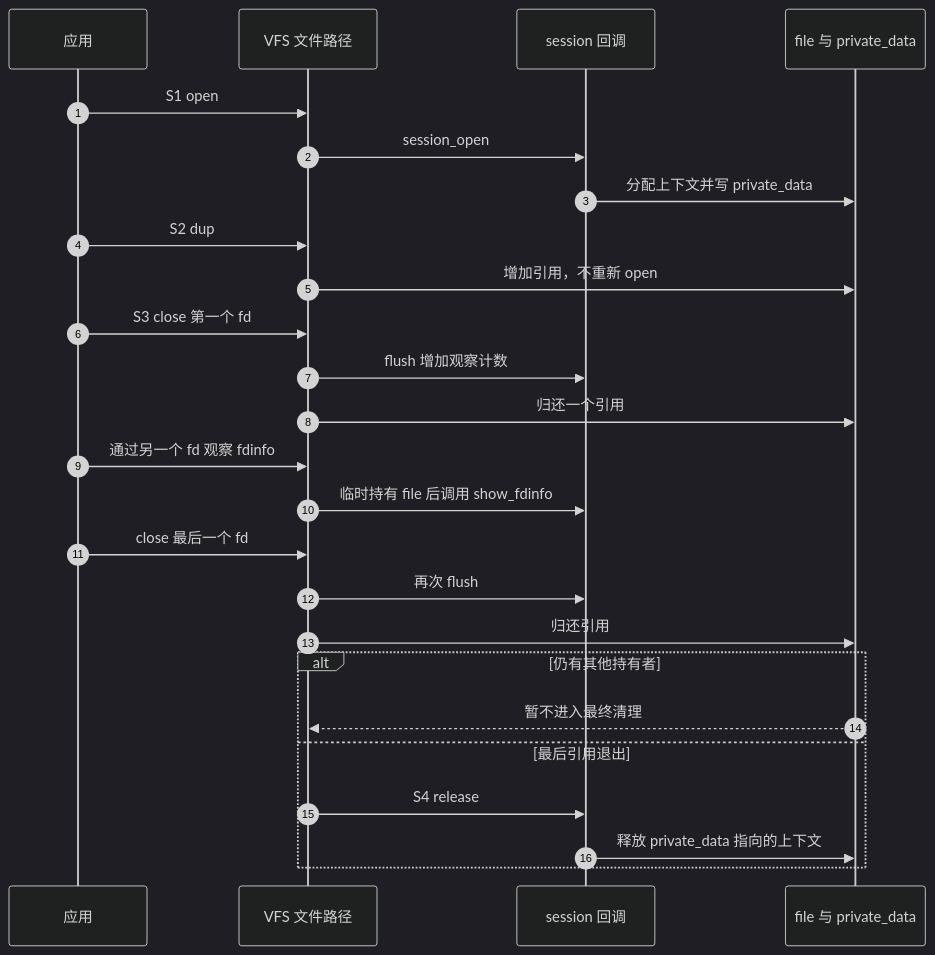
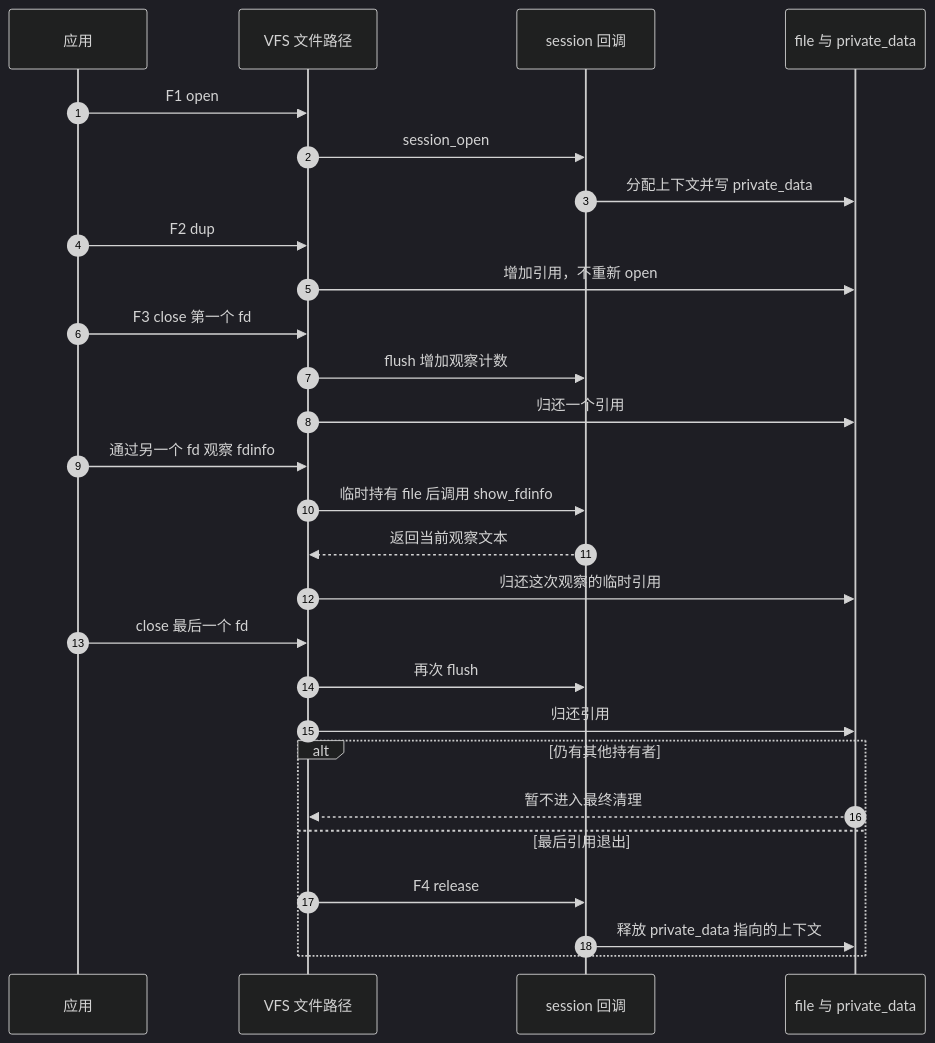
The second of 2 diagrams in knowledge/driver_model/file_operations/P01_一次打开与最后一次释放.md (FormingSystem/linux_note), drawn with Mermaid (dark theme) before and after one commit. The commit also changed other lines of this file and 5 other files, not shown here.

````diff
--- a/knowledge/driver_model/file_operations/P01_一次打开与最后一次释放.md
+++ b/knowledge/driver_model/file_operations/P01_一次打开与最后一次释放.md
@@ -45,27 +45,29 @@
 ```mermaid
 sequenceDiagram
     autonumber
     participant app as 应用
     participant vfs as VFS 文件路径
     participant drv as session 回调
     participant file as file 与 private_data
-    app->>vfs: S1 open
+    app->>vfs: F1 open
     vfs->>drv: session_open
     drv->>file: 分配上下文并写 private_data
-    app->>vfs: S2 dup
+    app->>vfs: F2 dup
     vfs->>file: 增加引用，不重新 open
-    app->>vfs: S3 close 第一个 fd
+    app->>vfs: F3 close 第一个 fd
     vfs->>drv: flush 增加观察计数
     vfs->>file: 归还一个引用
     app->>vfs: 通过另一个 fd 观察 fdinfo
     vfs->>drv: 临时持有 file 后调用 show_fdinfo
+    drv-->>vfs: 返回当前观察文本
+    vfs->>file: 归还这次观察的临时引用
     app->>vfs: close 最后一个 fd
     vfs->>drv: 再次 flush
     vfs->>file: 归还引用
     alt 仍有其他持有者
         file-->>vfs: 暂不进入最终清理
     else 最后引用退出
-        vfs->>drv: S4 release
+        vfs->>drv: F4 release
         drv->>file: 释放 private_data 指向的上下文
     end
 ```
````
